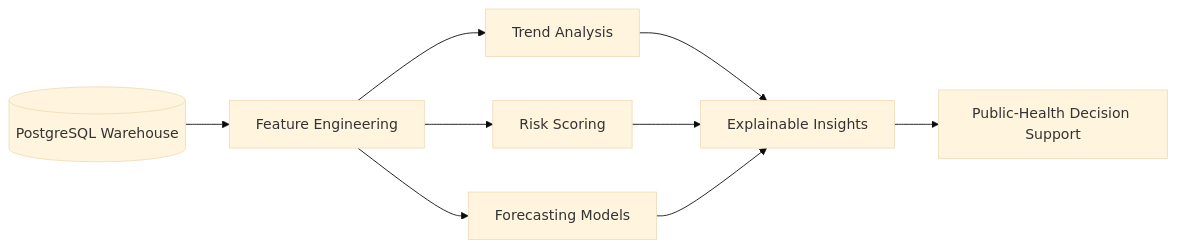
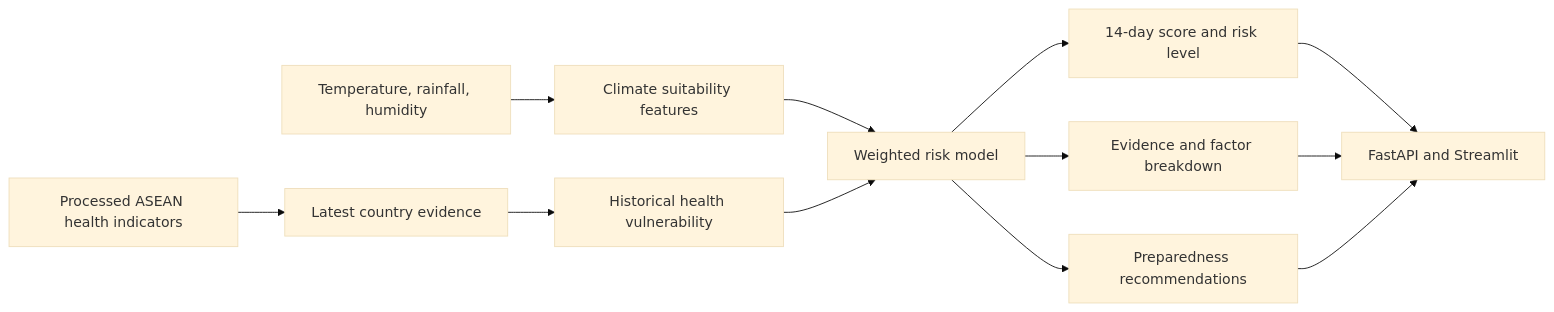
The diagram in docs/architecture/03_ai_architecture.md (DevDataMLOps/Project-Rising), drawn with Mermaid (base theme) before and after one commit. The commit also changed other lines of this file and 12 other files, not shown here.

Commit message:
Add judge-ready climate health decision support

````diff
--- a/docs/architecture/03_ai_architecture.md
+++ b/docs/architecture/03_ai_architecture.md
@@ -32,13 +12,14 @@
 ```mermaid
 flowchart LR
-    A[(PostgreSQL Warehouse)] --> B[Feature Engineering]
-    B --> C[Trend Analysis]
-    B --> D[Risk Scoring]
-    B --> E[Forecasting Models]
-
-    C --> F[Explainable Insights]
-    D --> F
+    A["Processed ASEAN health indicators"] --> C["Latest country evidence"]
+    B["Temperature, rainfall, humidity"] --> D["Climate suitability features"]
+    C --> E["Historical health vulnerability"]
+    D --> F["Weighted risk model"]
     E --> F
-
-    F --> G[Public-Health Decision Support]
+    F --> G["14-day score and risk level"]
+    F --> H["Evidence and factor breakdown"]
+    F --> I["Preparedness recommendations"]
+    G --> J["FastAPI and Streamlit"]
+    H --> J
+    I --> J
 ```
````
